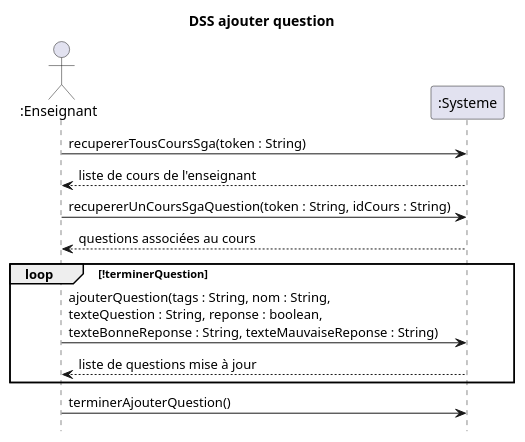
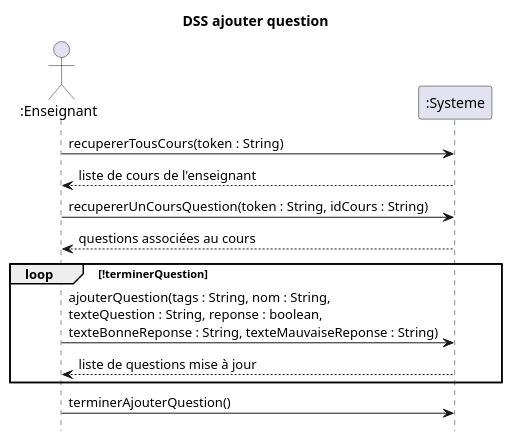
One commit to nerdz88/SGA-TS changed the diagram in docs/Ajouter question/DSS_Ajouter_Question.puml. Above: the diagram before and after it, drawn with PlantUML. The commit also changed 7 other files, not shown here.

```diff
--- a/docs/Ajouter question/DSS_Ajouter_Question.puml
+++ b/docs/Ajouter question/DSS_Ajouter_Question.puml
@@ -1,19 +1,19 @@
 @startuml DSS_Ajouter_Question
 title DSS ajouter question
 hide footbox
 actor ":Enseignant" as professeur
 participant ":Systeme" as systeme
 
-professeur ->  systeme : recupererTousCoursSga(token : String)
+professeur ->  systeme : recupererTousCours(token : String)
 professeur <-- systeme : liste de cours de l'enseignant
-professeur -> systeme : recupererUnCoursSgaQuestion(token : String, idCours : String)
+professeur -> systeme : recupererUnCoursQuestion(token : String, idCours : String)
 professeur <-- systeme : questions associées au cours
 
 loop !terminerQuestion
 professeur -> systeme : ajouterQuestion(tags : String, nom : String, \ntexteQuestion : String, reponse : boolean,\ntexteBonneReponse : String, texteMauvaiseReponse : String)
 systeme --> professeur : liste de questions mise à jour
 end
 professeur -> systeme : terminerAjouterQuestion()
 
 
 @enduml
```
